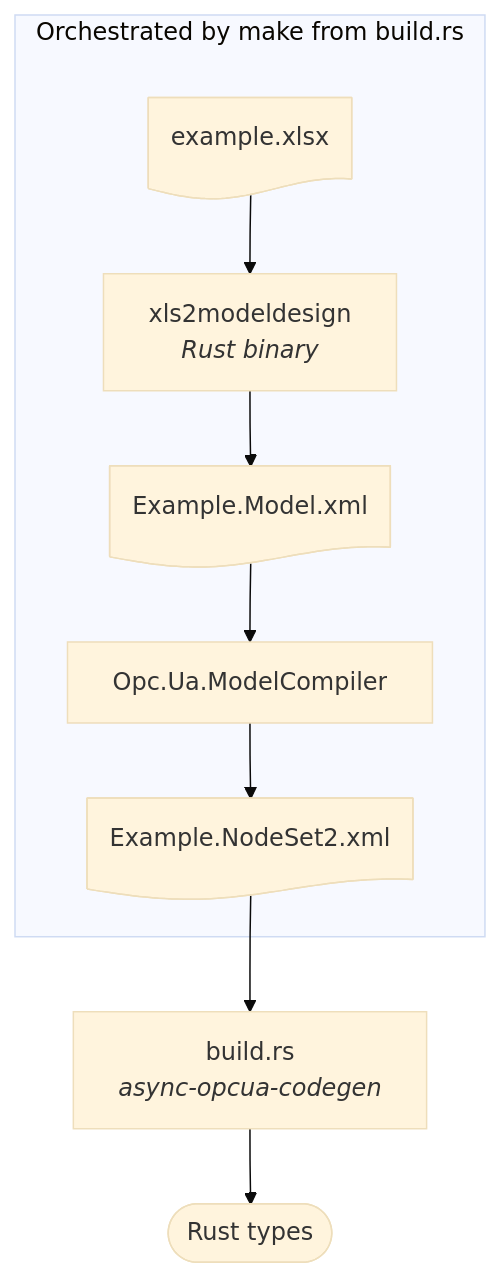
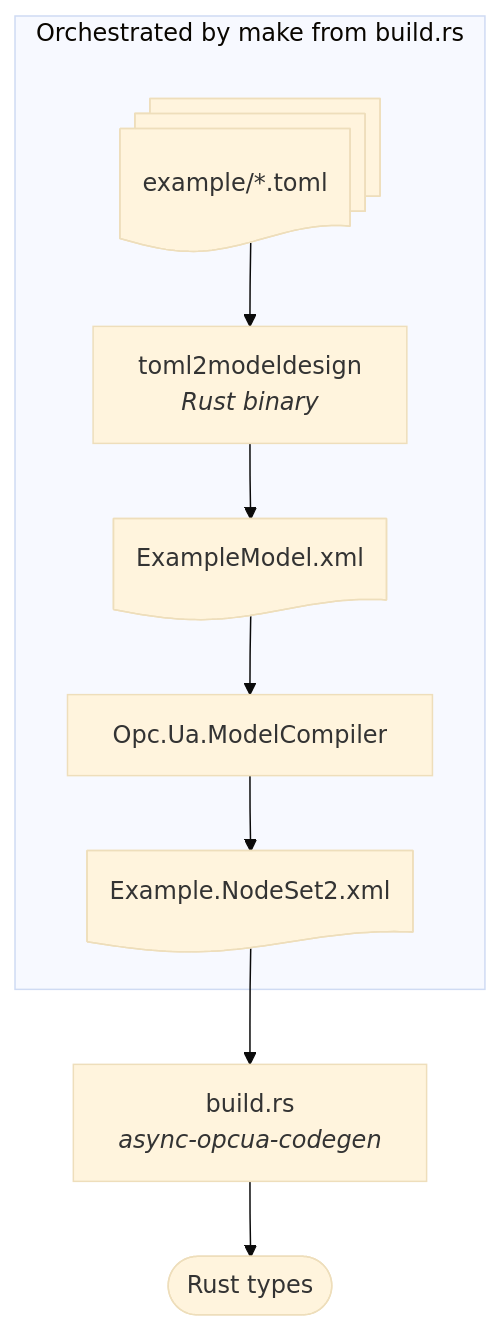
The diagram in schemas/README.md (cailloumajor/opcua-line-gateway), drawn with Mermaid (base theme) before and after one commit. The commit also changed other lines of this file and 6 other files, not shown here.

Commit message:
chore: add JSON schema for OPC-UA schema source format

`````diff
--- a/schemas/README.md
+++ b/schemas/README.md
@@ -16,28 +16,28 @@
 ```mermaid
 ---
 config:
     flowchart:
         subGraphTitleMargin:
             bottom: 30
 ---
 flowchart TD
-    A@{ shape: document, label: "example.xlsx" }
-    B["`xls2modeldesign
+    A@{ shape: docs, label: "example/*.toml" }
+    B["`toml2modeldesign
     *Rust binary*`"]
-    C@{ shape: document, label: "Example.Model.xml" }
+    C@{ shape: document, label: "ExampleModel.xml" }
     D["Opc.Ua.ModelCompiler"]
     E@{ shape: document, label: "Example.NodeSet2.xml" }
     F["`build.rs
     *async-opcua-codegen*`"]
     G(["Rust types"])
 
     A --> B --> C --> D --> E --> F --> G
 
     subgraph make ["Orchestrated by make from build.rs"]
         A
         B
         C
         D
         E
     end
 ````
`````
